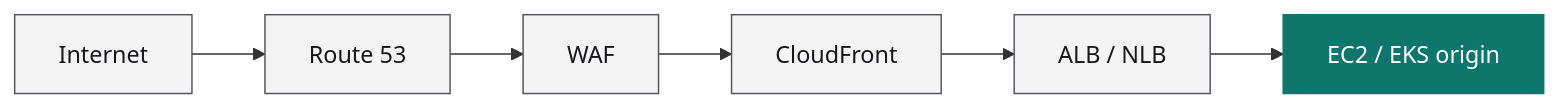
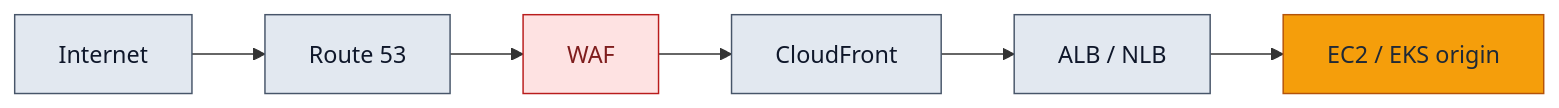
Before and after one commit to grey-techstack/aws-network-ops-agent: the second of 2 diagrams in README.md, drawn with Mermaid. The commit also changed other lines of this file, not shown here.

````diff
--- a/README.md
+++ b/README.md
@@ -64,16 +109,18 @@
 ```mermaid
 flowchart LR
     NET["Internet"]
     R53["Route 53"]
     WAF["WAF"]
     CF["CloudFront"]
     ALB["ALB / NLB"]
     ORIG["EC2 / EKS origin"]
 
     NET --> R53 --> WAF --> CF --> ALB --> ORIG
 
-    classDef base fill:#F4F4F5,stroke:#52525B,color:#18181B;
-    classDef term fill:#0F766E,stroke:#0F766E,color:#FFFFFF;
-    class NET,R53,WAF,CF,ALB base;
-    class ORIG term;
+    classDef infra fill:#E2E8F0,stroke:#475569,color:#0F172A;
+    classDef sec fill:#FEE2E2,stroke:#B91C1C,color:#7F1D1D;
+    classDef dest fill:#F59E0B,stroke:#B45309,color:#1F2937;
+    class NET,R53,CF,ALB infra;
+    class WAF sec;
+    class ORIG dest;
 ```
````
